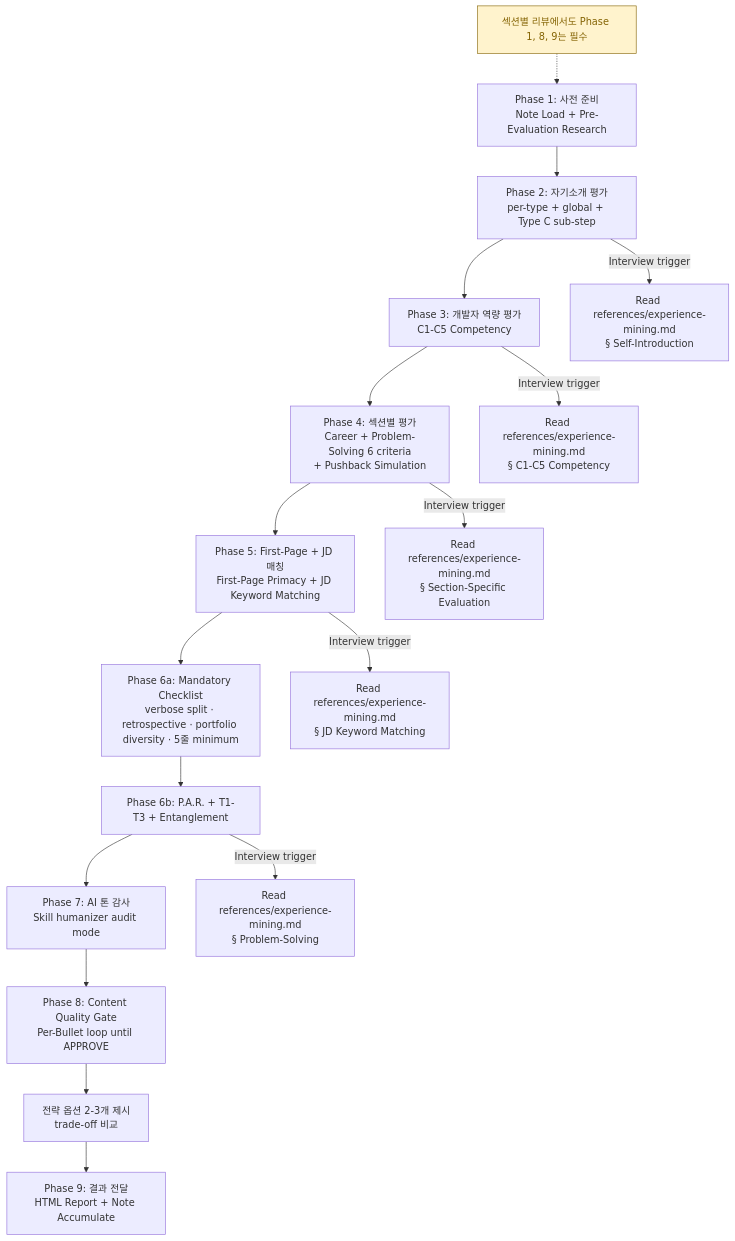
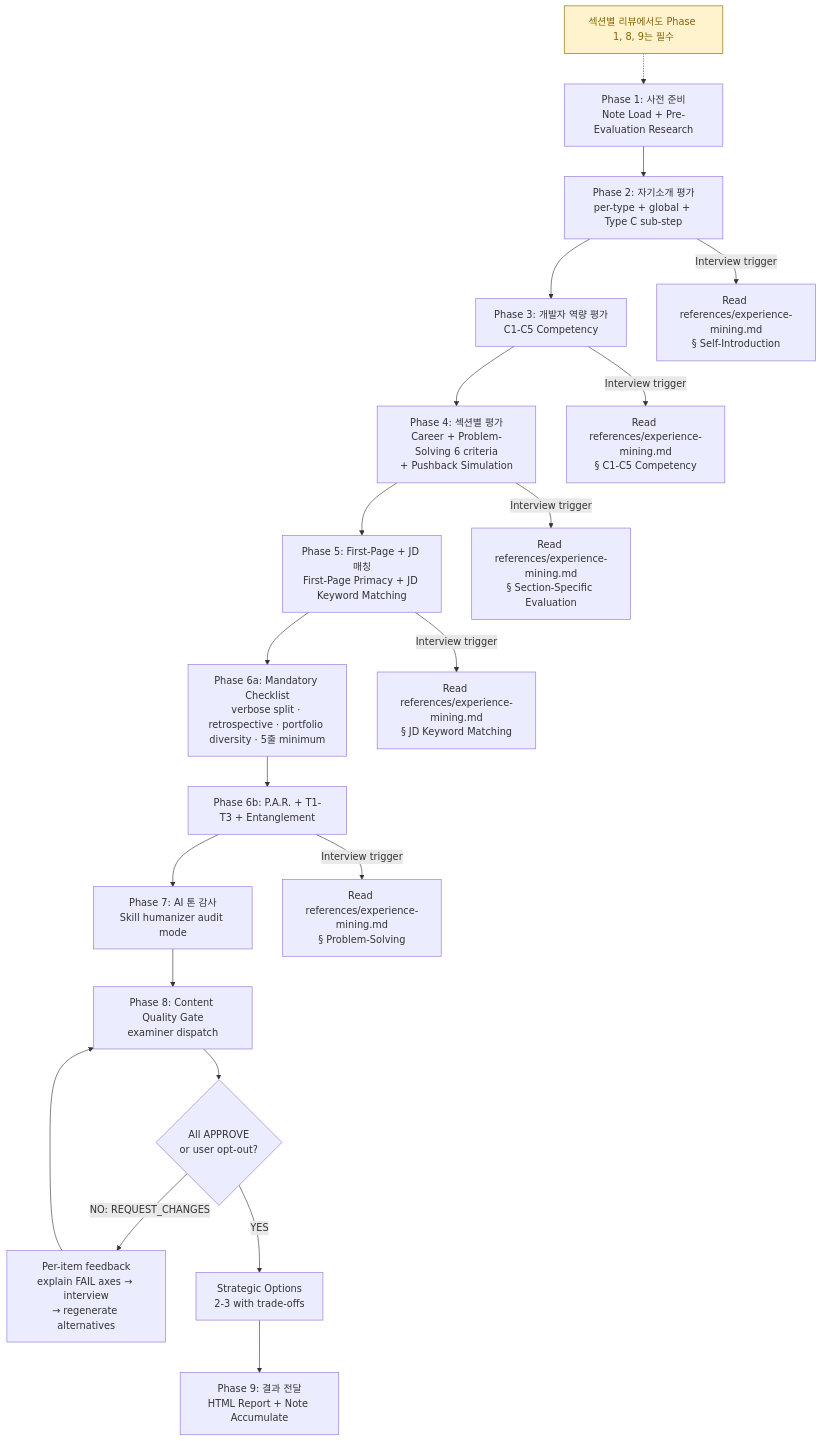
The diagram in skills/review-resume/SKILL.md (toongri/oh-my-toong-playground), drawn with Mermaid before and after one commit. The commit also changed other lines of this file and 1 other file, not shown here.

Commit message:
feat: review-resume Phase 8 피드백 루프 강화

````diff
--- a/skills/review-resume/SKILL.md
+++ b/skills/review-resume/SKILL.md
@@ -86,22 +86,25 @@
 ```mermaid
 flowchart TB
     NOTE["섹션별 리뷰에서도 Phase 1, 8, 9는 필수"]
     style NOTE fill:#fff3cd,stroke:#856404,color:#856404
     NOTE -.-> P0
     P0[Phase 1: 사전 준비\nNote Load + Pre-Evaluation Research] --> P1[Phase 2: 자기소개 평가\nper-type + global + Type C sub-step]
     P1 --> P2[Phase 3: 개발자 역량 평가\nC1-C5 Competency]
     P2 --> P3[Phase 4: 섹션별 평가\nCareer + Problem-Solving 6 criteria\n+ Pushback Simulation]
     P3 --> P4[Phase 5: First-Page + JD 매칭\nFirst-Page Primacy + JD Keyword Matching]
     P4 --> P5CHK[Phase 6a: Mandatory Checklist\nverbose split · retrospective · portfolio diversity · 5줄 minimum]
     P5CHK --> P5[Phase 6b: P.A.R. + T1-T3 + Entanglement]
     P5 --> P6[Phase 7: AI 톤 감사\nSkill humanizer audit mode]
-    P6 --> P7[Phase 8: Content Quality Gate\nPer-Bullet loop until APPROVE]
-    P7 --> P7OPT[전략 옵션 2-3개 제시\ntrade-off 비교]
+    P6 --> P7DISPATCH[Phase 8: Content Quality Gate\nexaminer dispatch]
+    P7DISPATCH --> P7VERDICT{All APPROVE\nor user opt-out?}
+    P7VERDICT -->|"NO: REQUEST_CHANGES"| P7INTERVIEW[Per-item feedback\nexplain FAIL axes → interview\n→ regenerate alternatives]
+    P7INTERVIEW --> P7DISPATCH
+    P7VERDICT -->|YES| P7OPT[Strategic Options\n2-3 with trade-offs]
     P7OPT --> P8[Phase 9: 결과 전달\nHTML Report + Note Accumulate]
 
     P1 -->|Interview trigger| IG1[Read references/experience-mining.md\n§ Self-Introduction]
     P2 -->|Interview trigger| IG2[Read references/experience-mining.md\n§ C1-C5 Competency]
     P3 -->|Interview trigger| IG3[Read references/experience-mining.md\n§ Section-Specific Evaluation]
     P4 -->|Interview trigger| IG4[Read references/experience-mining.md\n§ JD Keyword Matching]
     P5 -->|Interview trigger| IG5[Read references/experience-mining.md\n§ Problem-Solving]
 ```
````
